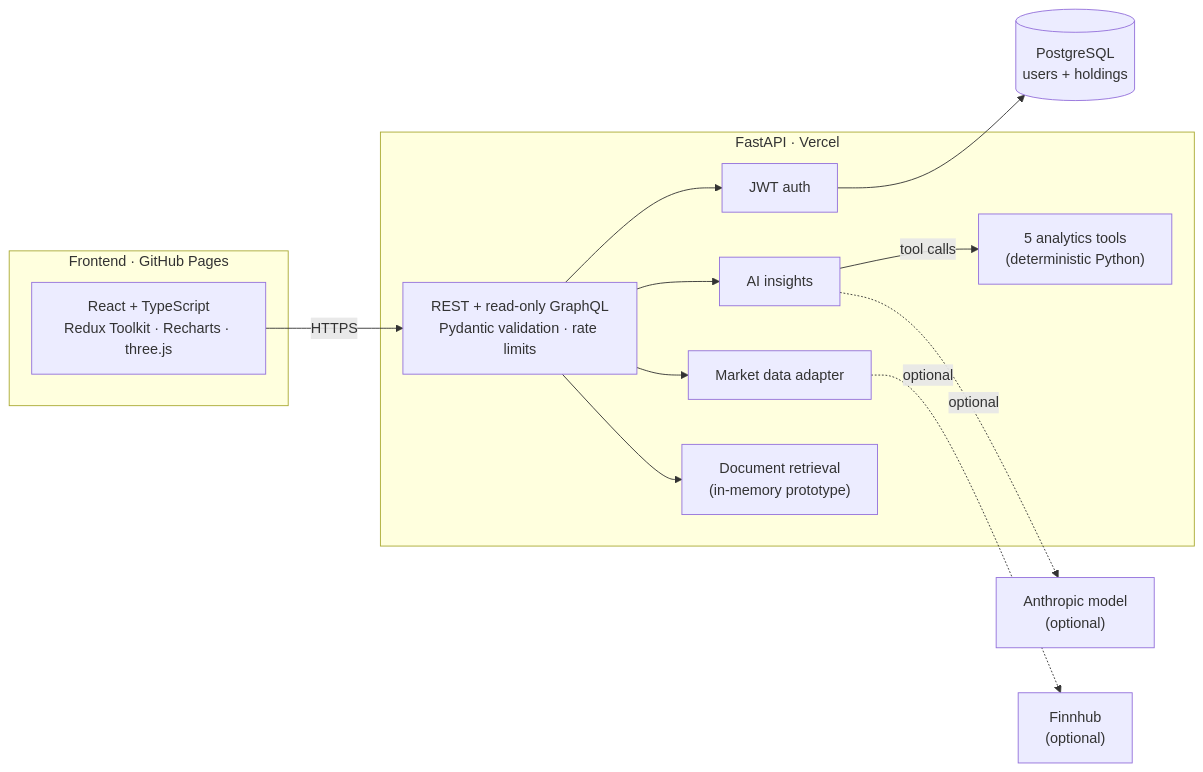
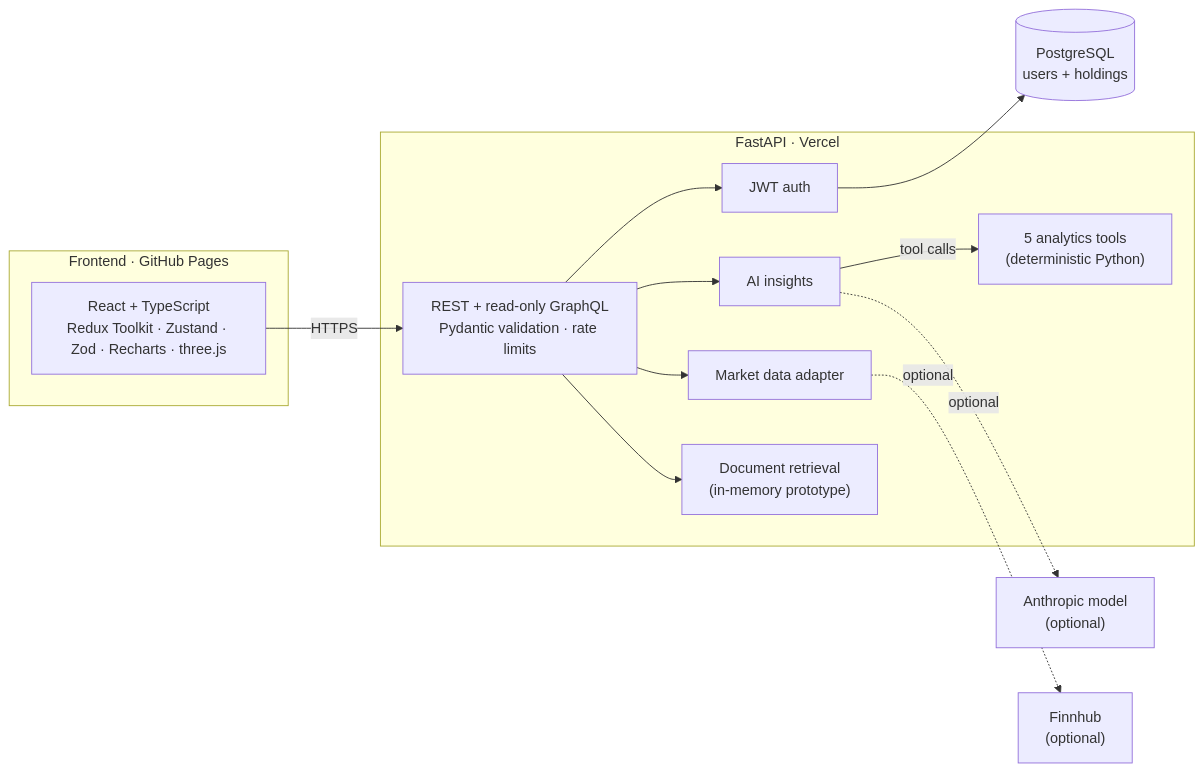
The diagram in README.md (FarnazNK/finvision), drawn with Mermaid before and after one commit. The commit also changed other lines of this file and 12 other files, not shown here.

First line of the commit message:
Add Zod API contracts and Zustand store for Insights panel

````diff
--- a/README.md
+++ b/README.md
@@ -58,26 +59,26 @@
 ```mermaid
 flowchart LR
     subgraph FE["Frontend · GitHub Pages"]
-        UI["React + TypeScript<br/>Redux Toolkit · Recharts · three.js"]
+        UI["React + TypeScript<br/>Redux Toolkit · Zustand · Zod · Recharts · three.js"]
     end
 
     subgraph BE["FastAPI · Vercel"]
         API["REST + read-only GraphQL<br/>Pydantic validation · rate limits"]
         Auth["JWT auth"]
         Insights["AI insights"]
         Tools["5 analytics tools<br/>(deterministic Python)"]
         Market["Market data adapter"]
         Research["Document retrieval<br/>(in-memory prototype)"]
     end
 
     DB[("PostgreSQL<br/>users + holdings")]
     LLM["Anthropic model<br/>(optional)"]
     Finnhub["Finnhub<br/>(optional)"]
 
     UI -->|HTTPS| API
     API --> Auth --> DB
     API --> Insights -->|tool calls| Tools
     Insights -.->|optional| LLM
     API --> Market -.->|optional| Finnhub
     API --> Research
 ```
````
